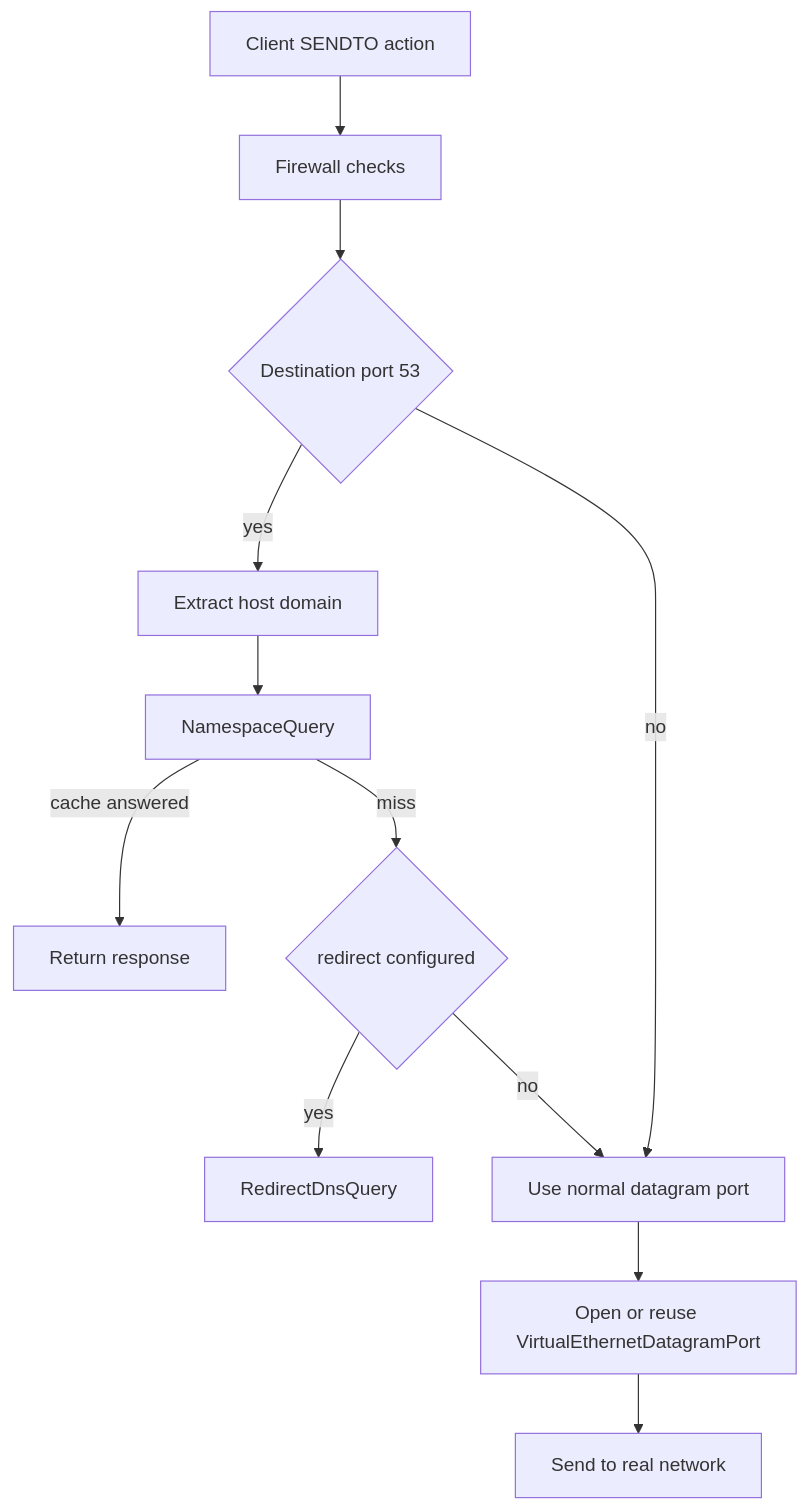
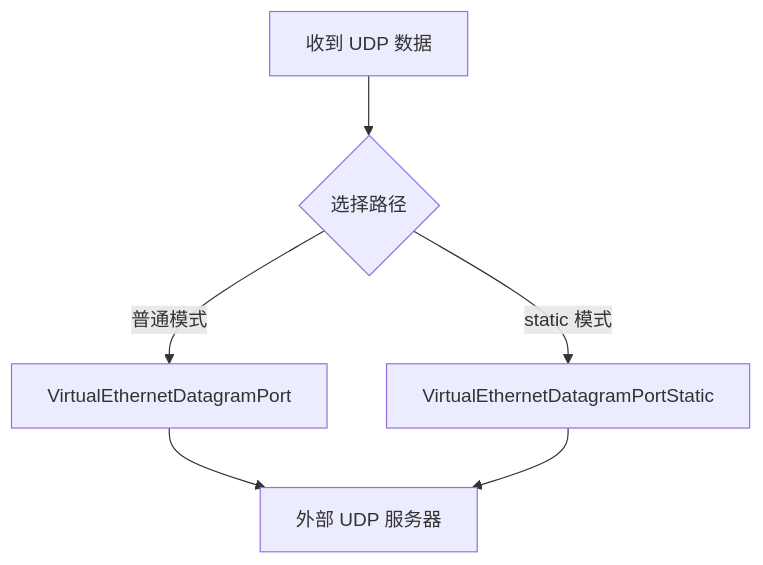
The fifth of 11 diagrams in docs/SERVER_ARCHITECTURE_CN.md (HyacinthHaru/openppp2), drawn with Mermaid before and after one commit. The commit also changed other lines of this file and 31 other files, not shown here.

````diff
--- a/docs/SERVER_ARCHITECTURE_CN.md
+++ b/docs/SERVER_ARCHITECTURE_CN.md
@@ -334,14 +202,8 @@
 ```mermaid
 flowchart TD
-    A[Client SENDTO action] --> B[Firewall checks]
-    B --> C{Destination port 53}
-    C -- yes --> D[Extract host domain]
-    D --> E[NamespaceQuery]
-    E -->|cache answered| F[Return response]
-    E -->|miss| G{redirect configured}
-    G -- yes --> H[RedirectDnsQuery]
-    G -- no --> I[Use normal datagram port]
-    C -- no --> I
-    I --> J[Open or reuse VirtualEthernetDatagramPort]
-    J --> K[Send to real network]
+    A[收到 UDP 数据] --> B{选择路径}
+    B -->|普通模式| C[VirtualEthernetDatagramPort]
+    B -->|static 模式| D[VirtualEthernetDatagramPortStatic]
+    C --> E[外部 UDP 服务器]
+    D --> E
 ```
````
